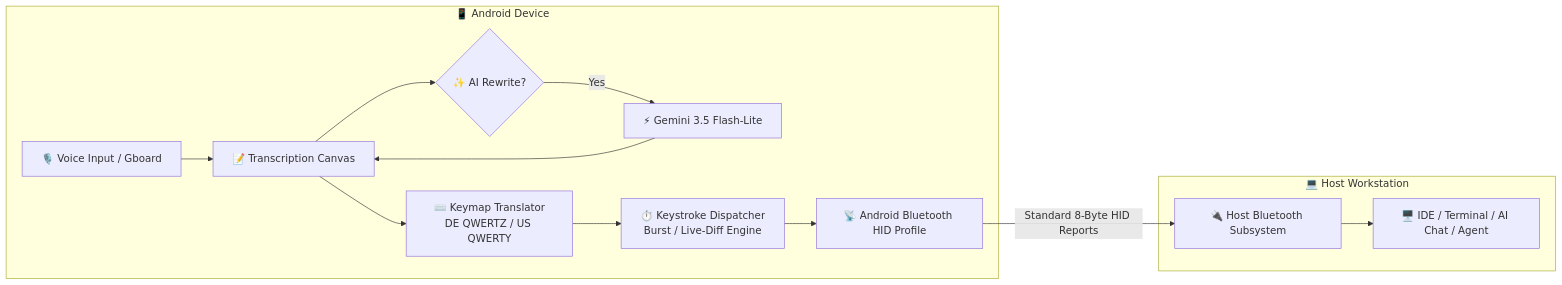
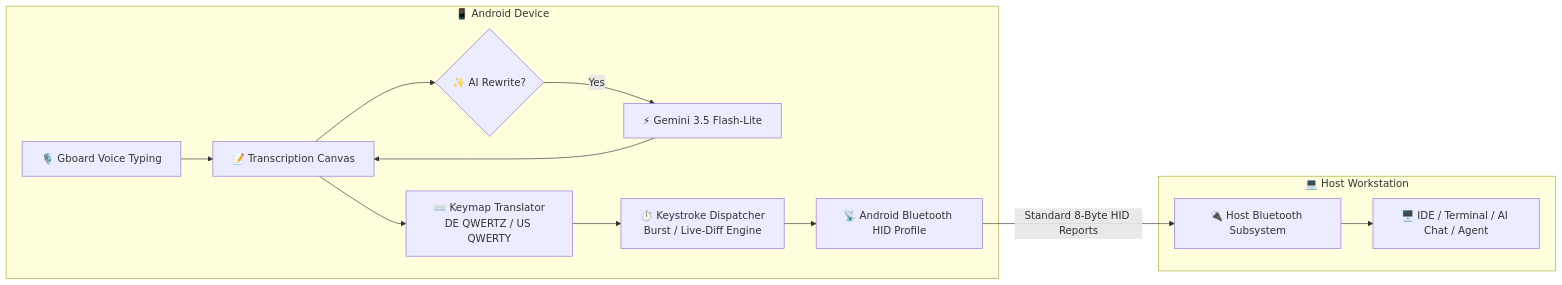
One commit to KoueKoffie-MW/Type4Me changed the diagram in README.md. Above: the diagram before and after it, drawn with Mermaid. The commit also changed other lines of this file, not shown here.

Commit message:
docs: Add voice typing philosophy (Gboard) and device compatibility matrix

````diff
--- a/README.md
+++ b/README.md
@@ -34,17 +67,17 @@
 ```mermaid
 graph LR
     subgraph Android Device [📱 Android Device]
-        A[🎙️ Voice Input / Gboard] --> B[📝 Transcription Canvas]
+        A[🎙️ Gboard Voice Typing] --> B[📝 Transcription Canvas]
         B --> C{✨ AI Rewrite?}
         C -- Yes --> D[⚡ Gemini 3.5 Flash-Lite]
         D --> B
         B --> E[⌨️ Keymap Translator<br/>DE QWERTZ / US QWERTY]
         E --> F[⏱️ Keystroke Dispatcher<br/>Burst / Live-Diff Engine]
         F --> G[📡 Android Bluetooth HID Profile]
     end
 
     subgraph Host Workstation [💻 Host Workstation]
         G -- Standard 8-Byte HID Reports --> H[🔌 Host Bluetooth Subsystem]
         H --> I[🖥️ IDE / Terminal / AI Chat / Agent]
     end
 ```
````
